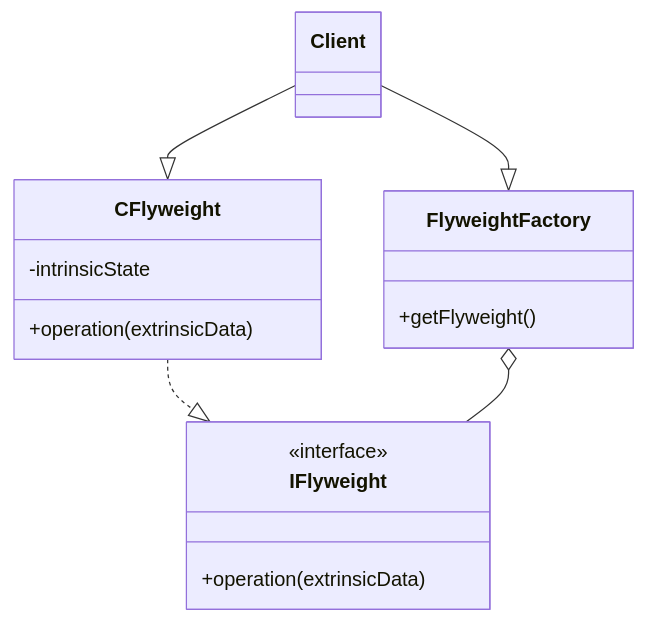
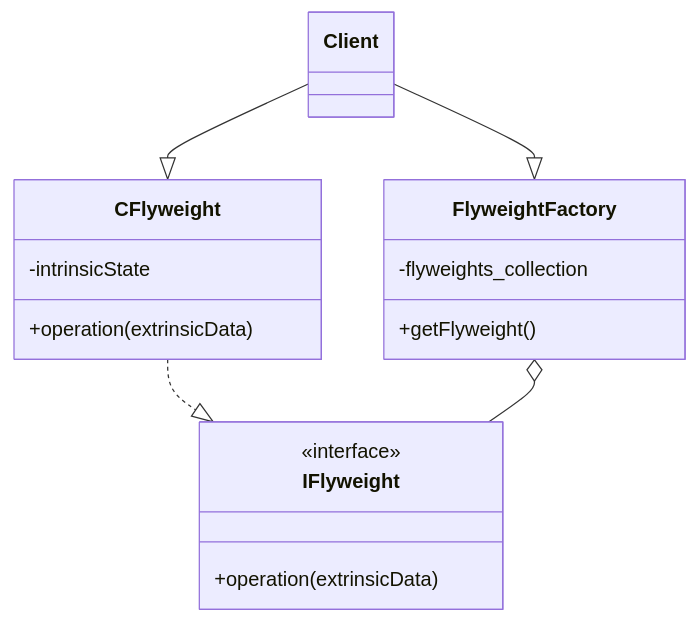
One commit to maherme/design_patterns changed the first of 2 diagrams in 06_flyweight/README.md. Above: the diagram before and after it, drawn with Mermaid. The commit also changed other lines of this file, not shown here.

````diff
--- a/06_flyweight/README.md
+++ b/06_flyweight/README.md
@@ -16,19 +16,20 @@
 ```mermaid
   classDiagram
    class Client
    class FlyweightFactory{
+     -flyweights_collection
      +getFlyweight()
    }
    class IFlyweight{
      <<interface>>
      +operation(extrinsicData)
    }
    class CFlyweight{
      -intrinsicState
      +operation(extrinsicData)
    }
    Client --|> FlyweightFactory
    Client --|> CFlyweight
    CFlyweight ..|> IFlyweight
    FlyweightFactory o-- IFlyweight
 ```
````
